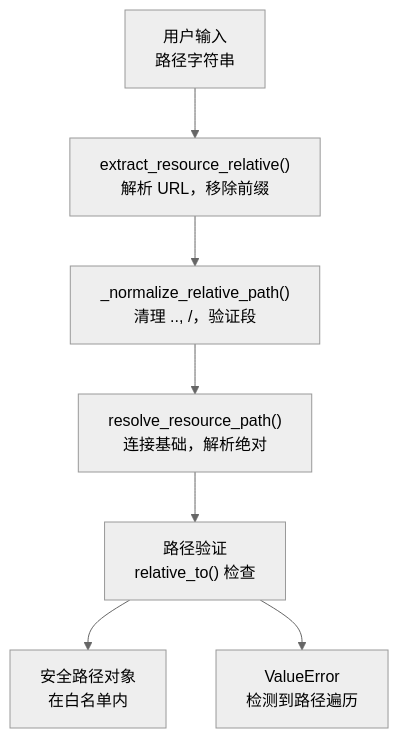
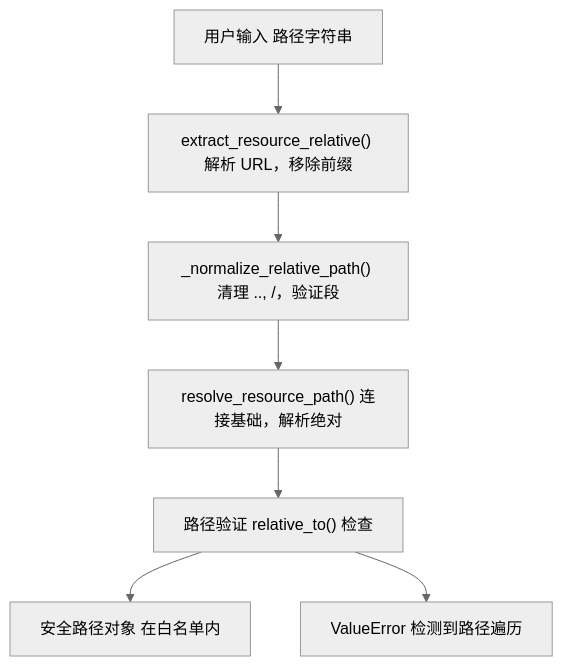
One commit to HKLHaoBin/LyricSphere changed diagram 23 of 44 in README.md. Above: the diagram before and after it, drawn with Mermaid (neutral theme). The commit also changed other lines of this file, not shown here.

Commit message:
docs: 更新README中的流程图文本格式

````diff
--- a/README.md
+++ b/README.md
@@ -2268,17 +2268,17 @@
 ```mermaid
 flowchart TD
-    Input["用户输入\n路径字符串"]
-    Extract["extract_resource_relative()\n解析 URL，移除前缀"]
-    Normalize["_normalize_relative_path()\n清理 .., /，验证段"]
-    Resolve["resolve_resource_path()\n连接基础，解析绝对"]
-    Validate["路径验证\nrelative_to() 检查"]
-    Result["安全路径对象\n在白名单内"]
-    Error["ValueError\n检测到路径遍历"]
+    Input["用户输入 路径字符串"]
+    Extract["extract_resource_relative() 解析 URL，移除前缀"]
+    Normalize["_normalize_relative_path() 清理 .., /，验证段"]
+    Resolve["resolve_resource_path() 连接基础，解析绝对"]
+    Validate["路径验证 relative_to() 检查"]
+    Result["安全路径对象 在白名单内"]
+    Error["ValueError 检测到路径遍历"]
 
     Input --> Extract
     Extract --> Normalize
     Normalize --> Resolve
     Resolve --> Validate
     Validate --> Result
     Validate --> Error
 ```
````
